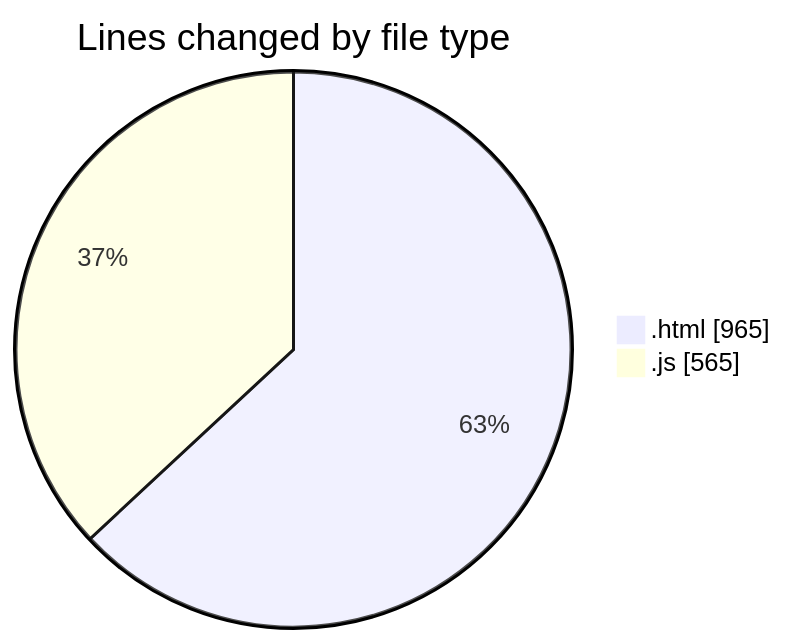
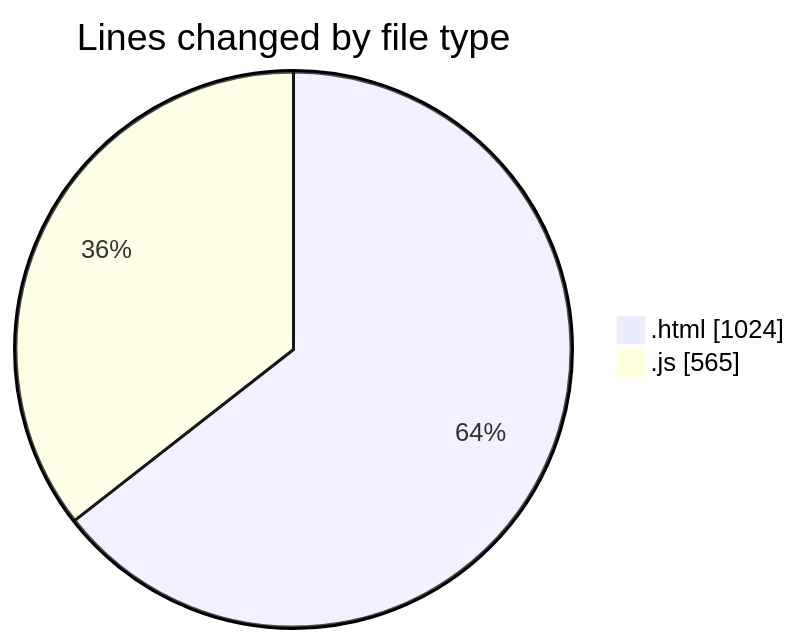
The first of 2 diagrams in 2025-09-13/new_folder/README.md (IJAZ3593/code-tracking), drawn with Mermaid before and after one commit. The commit also changed other lines of this file and 1 other file, not shown here.

````diff
--- a/2025-09-13/new_folder/README.md
+++ b/2025-09-13/new_folder/README.md
@@ -26,6 +26,6 @@
 ```mermaid
 pie showData
 title Lines changed by file type
-".html" : 965
+".html" : 1024
 ".js" : 565
 ```
````
